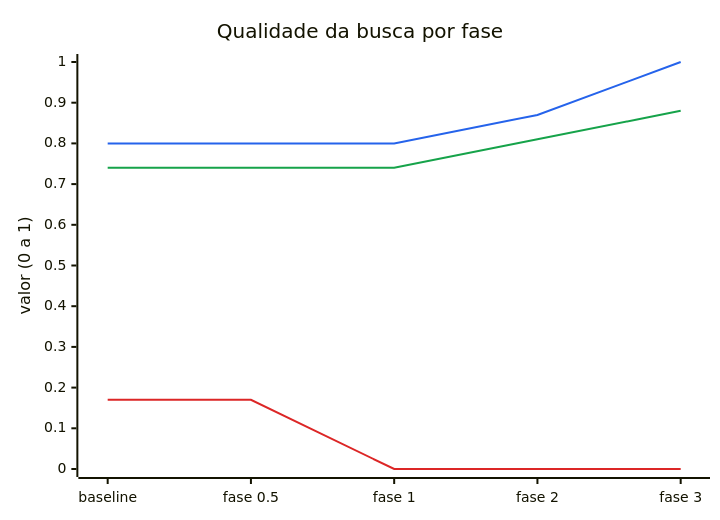
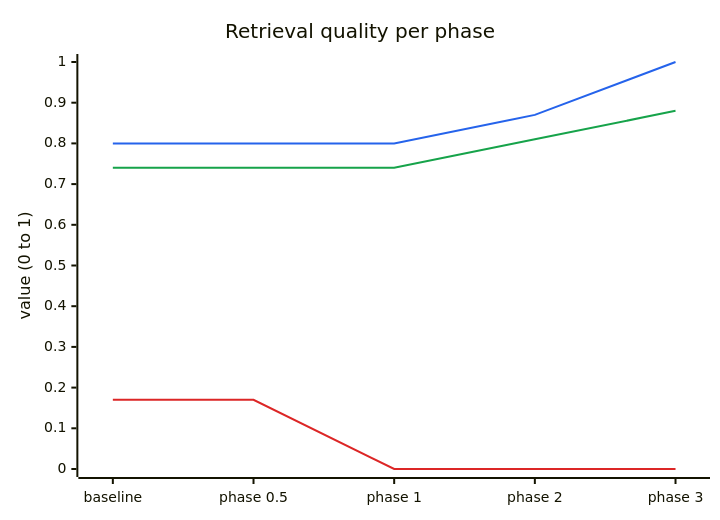
The seventh of 8 diagrams in docs/BENCHMARKS.md (Chipskein/cade), drawn with Mermaid before and after one commit. The commit also changed other lines of this file and 6 other files, not shown here.

````diff
--- a/docs/BENCHMARKS.md
+++ b/docs/BENCHMARKS.md
@@ -360,15 +360,15 @@
 ```mermaid
 ---
 config:
   themeVariables:
     xyChart:
       plotColorPalette: "#2563eb, #16a34a, #dc2626"
 ---
 xychart-beta
-  title "Qualidade da busca por fase"
-  x-axis ["baseline", "fase 0.5", "fase 1", "fase 2", "fase 3"]
-  y-axis "valor (0 a 1)" 0 --> 1
+  title "Retrieval quality per phase"
+  x-axis ["baseline", "phase 0.5", "phase 1", "phase 2", "phase 3"]
+  y-axis "value (0 to 1)" 0 --> 1
   line [0.80, 0.80, 0.80, 0.87, 1.00]
   line [0.74, 0.74, 0.74, 0.81, 0.88]
   line [0.17, 0.17, 0.00, 0.00, 0.00]
 ```
````
